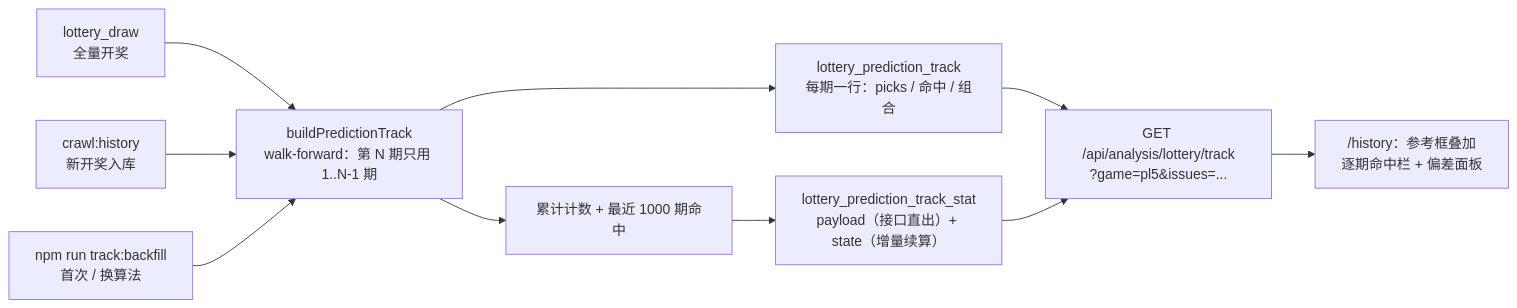
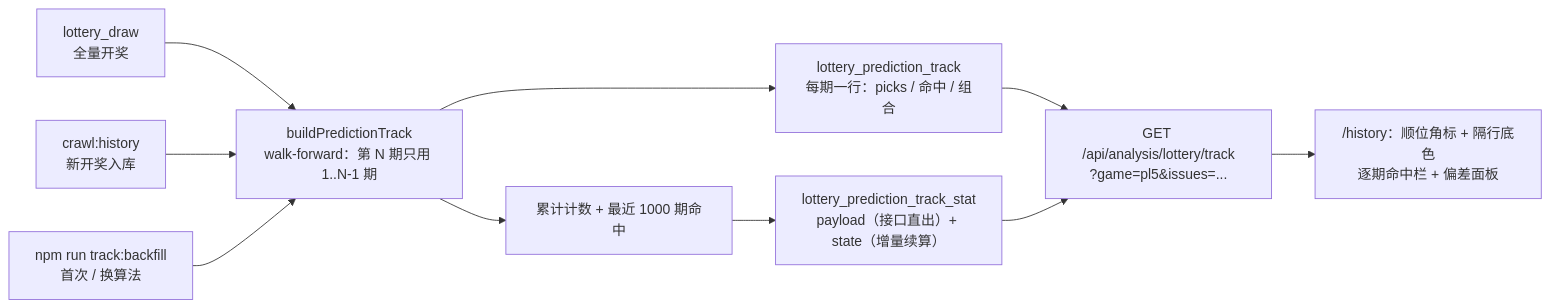
Before and after one commit to yJ2018/ticai: the seventh of 17 diagrams in docs/architecture.md, drawn with Mermaid. The commit also changed other lines of this file and 7 other files, not shown here.

````diff
--- a/docs/architecture.md
+++ b/docs/architecture.md
@@ -702,12 +702,12 @@
 ```mermaid
 flowchart LR
   DRAW["lottery_draw<br/>全量开奖"] --> TRACK["buildPredictionTrack<br/>walk-forward：第 N 期只用 1..N-1 期"]
   TRACK --> ROW["lottery_prediction_track<br/>每期一行：picks / 命中 / 组合"]
   TRACK --> AGG["累计计数 + 最近 1000 期命中"]
   AGG --> STAT["lottery_prediction_track_stat<br/>payload（接口直出）+ state（增量续算）"]
   ROW --> API["GET /api/analysis/lottery/track<br/>?game=pl5&issues=..."]
   STAT --> API
-  API --> WEB["/history：参考框叠加<br/>逐期命中栏 + 偏差面板"]
+  API --> WEB["/history：顺位角标 + 隔行底色<br/>逐期命中栏 + 偏差面板"]
   CRAWL["crawl:history<br/>新开奖入库"] --> TRACK
   CLI["npm run track:backfill<br/>首次 / 换算法"] --> TRACK
 ```
````
